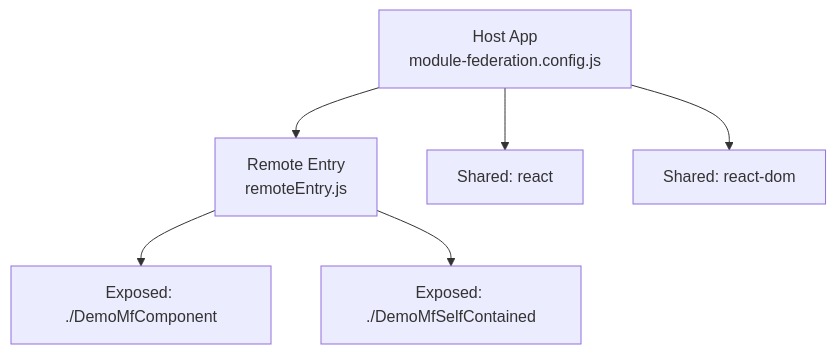
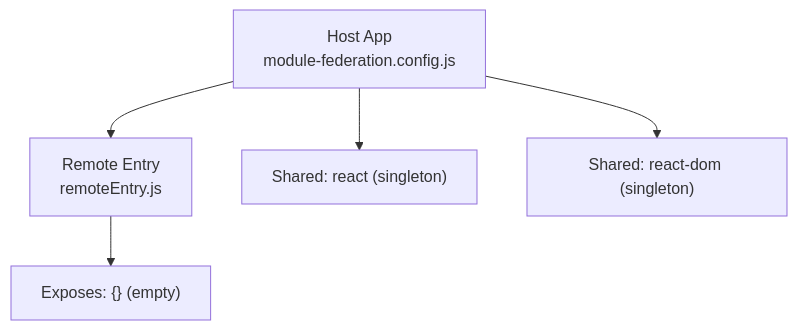
The second of 4 diagrams in .qoder/repowiki/en/content/Advanced Features/Module Federation.md (DoVuDung/cv-portfolio-builder), drawn with Mermaid before and after one commit. The commit also changed other lines of this file and 8 other files, not shown here.

````diff
--- a/.qoder/repowiki/en/content/Advanced Features/Module Federation.md
+++ b/.qoder/repowiki/en/content/Advanced Features/Module Federation.md
@@ -90,14 +95,12 @@
 ```mermaid
 graph TB
 Host["Host App<br/>module-federation.config.js"]
 RemoteEntry["Remote Entry<br/>remoteEntry.js"]
-ExposedA["Exposed: ./DemoMfComponent"]
-ExposedB["Exposed: ./DemoMfSelfContained"]
-SharedReact["Shared: react"]
-SharedReactDOM["Shared: react-dom"]
+EmptyExposes["Exposes: {} (empty)"]
+SharedReact["Shared: react (singleton)"]
+SharedReactDOM["Shared: react-dom (singleton)"]
 Host --> RemoteEntry
-RemoteEntry --> ExposedA
-RemoteEntry --> ExposedB
+RemoteEntry --> EmptyExposes
 Host --> SharedReact
 Host --> SharedReactDOM
 ```
````
